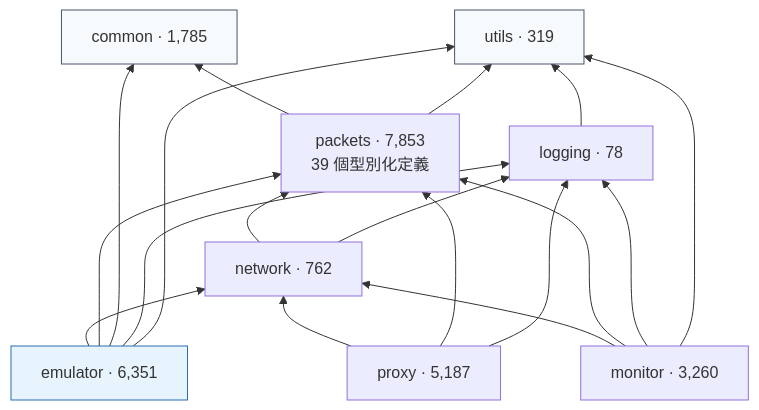
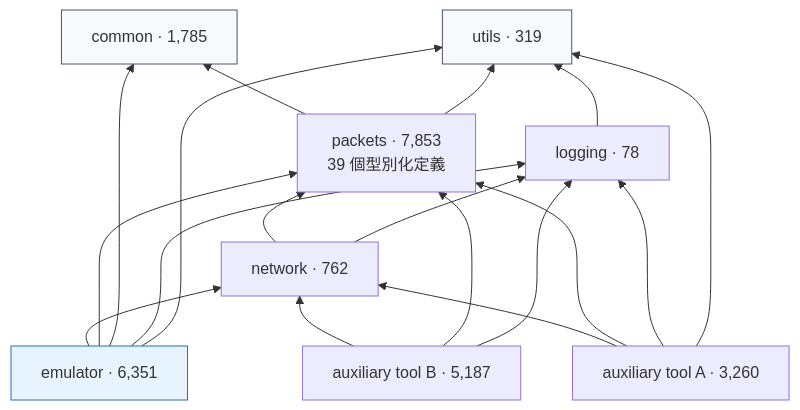
The second of 2 diagrams in personal/04-server-emulator.zh-TW.md (hawiliu/engineering-portfolio), drawn with Mermaid before and after one commit. The commit also changed other lines of this file and 19 other files, not shown here.

````diff
--- a/personal/04-server-emulator.zh-TW.md
+++ b/personal/04-server-emulator.zh-TW.md
@@ -255,22 +255,22 @@
 ```mermaid
 flowchart BT
     UTILS["utils · 319"]
     COMMON["common · 1,785"]
     LOG["logging · 78"]
     PKT["packets · 7,853<br/>39 個型別化定義"]
     NET["network · 762"]
     EMU["emulator · 6,351"]
-    MON["monitor · 3,260"]
-    PROXY["proxy · 5,187"]
+    MON["auxiliary tool A · 3,260"]
+    PROXY["auxiliary tool B · 5,187"]
 
     LOG --> UTILS
     PKT --> COMMON & UTILS
     NET --> PKT & LOG
     EMU --> NET & PKT & COMMON & LOG & UTILS
     MON --> NET & PKT & LOG & UTILS
     PROXY --> NET & PKT & LOG
 
     style COMMON fill:#f7fafc,stroke:#4a5568
     style UTILS fill:#f7fafc,stroke:#4a5568
     style EMU fill:#e8f4fd,stroke:#2b6cb0
 ```
````
